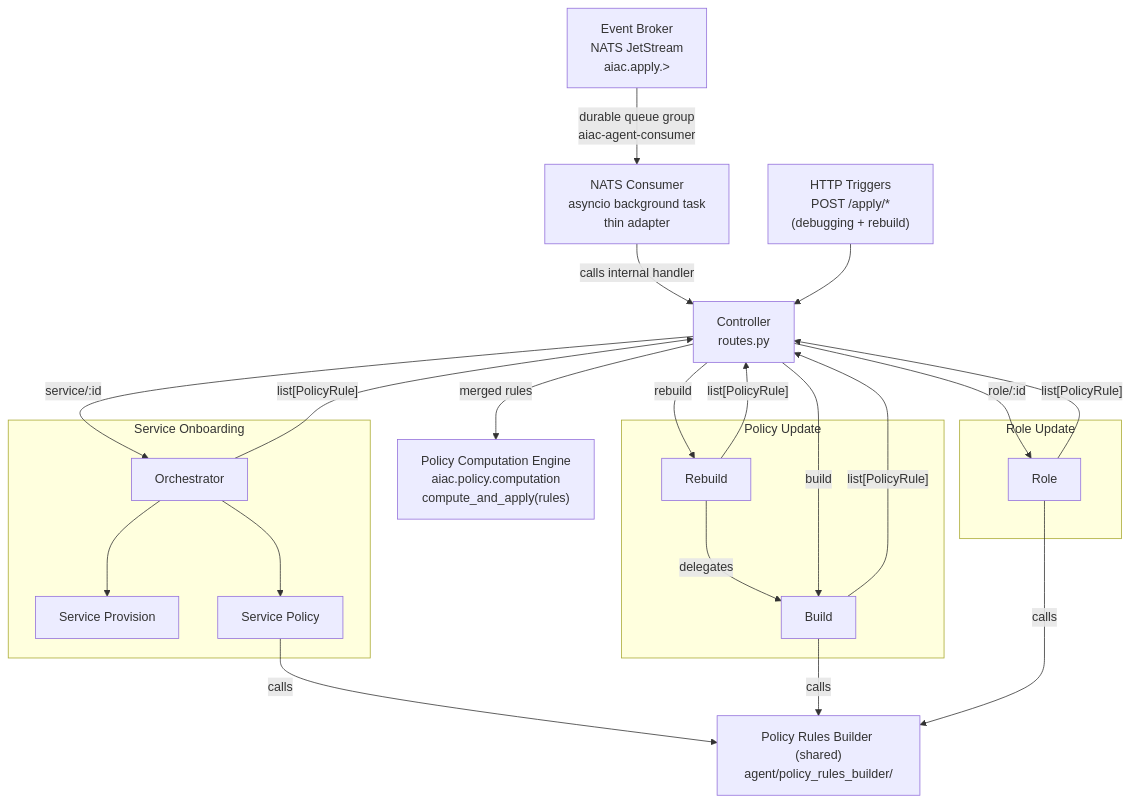
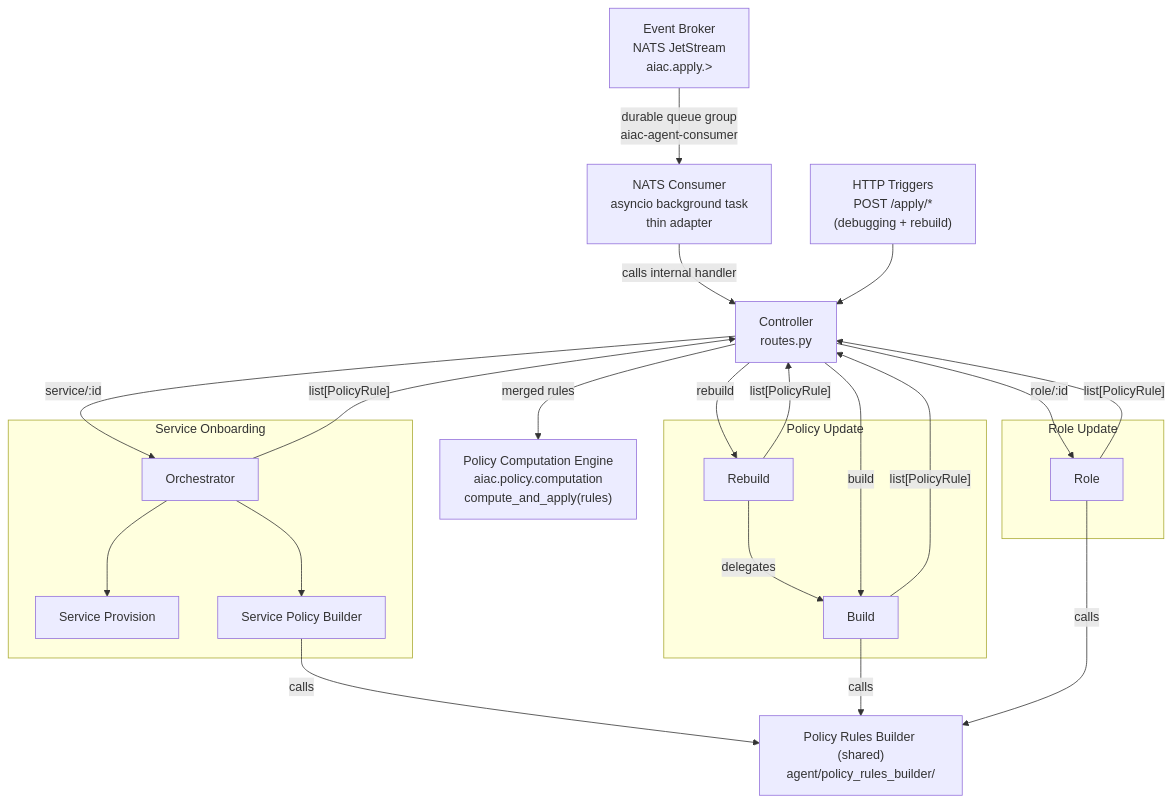
Before and after one commit to rossoctl/aiac: the diagram in inception/requirements/components/aiac-agent.md, drawn with Mermaid. The commit also changed other lines of this file and 9 other files, not shown here.

First line of the commit message:
refactor(aiac): Rename Service Policy sub-agent to Service Policy Builder

````diff
--- a/inception/requirements/components/aiac-agent.md
+++ b/inception/requirements/components/aiac-agent.md
@@ -28,48 +28,48 @@
 ```mermaid
 flowchart TD
     NATS["Event Broker\nNATS JetStream\naiac.apply.>"]
     NATS_CONSUMER["NATS Consumer\nasyncio background task\nthin adapter"]
     TRIGGERS["HTTP Triggers\nPOST /apply/*\n(debugging + rebuild)"]
     CTRL["Controller\nroutes.py"]
 
     NATS -->|"durable queue group\naiac-agent-consumer"| NATS_CONSUMER
     NATS_CONSUMER -->|"calls internal handler"| CTRL
     TRIGGERS --> CTRL
 
     subgraph CO["Service Onboarding"]
         ORC1["Orchestrator"]
         SA1["Service Provision"]
-        SA2["Service Policy"]
+        SA2["Service Policy Builder"]
         ORC1 --> SA1
         ORC1 --> SA2
     end
 
     subgraph PU["Policy Update"]
         SA4["Build"]
         SA5["Rebuild"]
         SA5 -->|"delegates"| SA4
     end
 
     subgraph RR["Role Update"]
         SA6["Role"]
     end
 
     PRB["Policy Rules Builder (shared)\nagent/policy_rules_builder/"]
     PCE["Policy Computation Engine\naiac.policy.computation\ncompute_and_apply(rules)"]
 
     CTRL -->|"service/:id"| ORC1
     CTRL -->|"build"| SA4
     CTRL -->|"rebuild"| SA5
     CTRL -->|"role/:id"| SA6
 
     SA2  -->|"calls"| PRB
     SA4  -->|"calls"| PRB
     SA6  -->|"calls"| PRB
 
     ORC1 -->|"list[PolicyRule]"| CTRL
     SA4  -->|"list[PolicyRule]"| CTRL
     SA5  -->|"list[PolicyRule]"| CTRL
     SA6  -->|"list[PolicyRule]"| CTRL
 
     CTRL -->|"merged rules"| PCE
 ```
````
